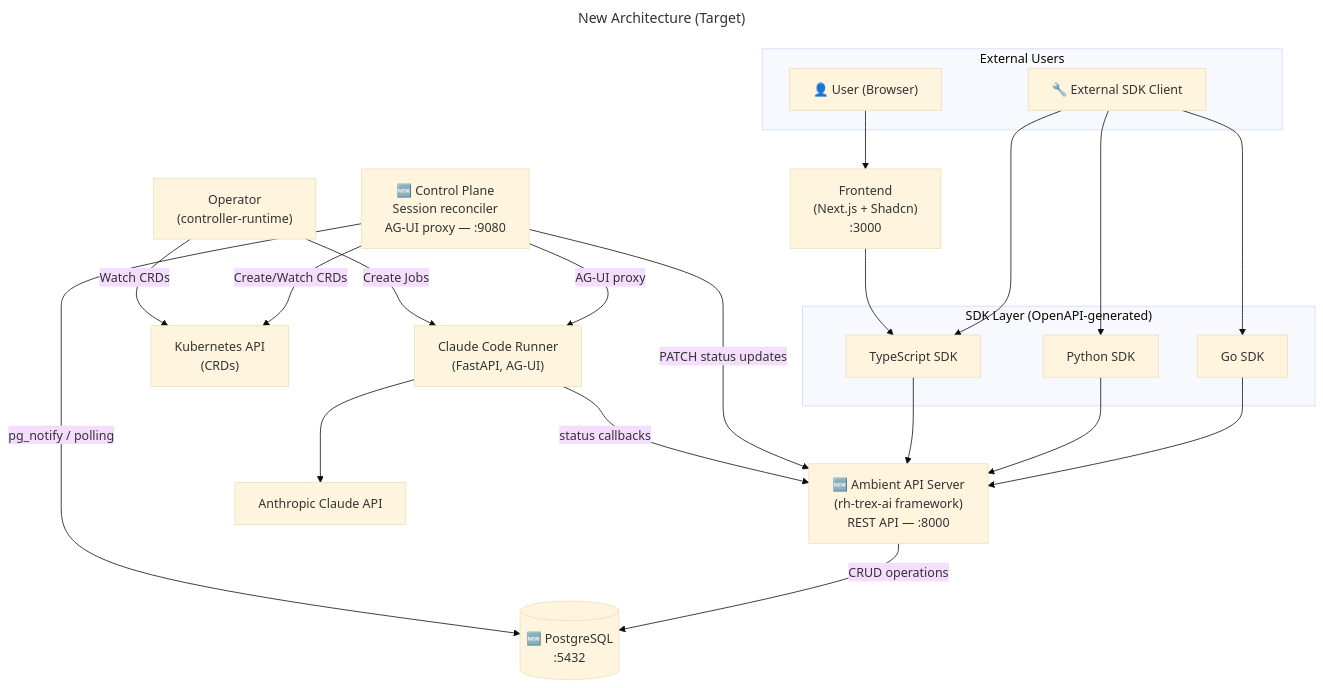
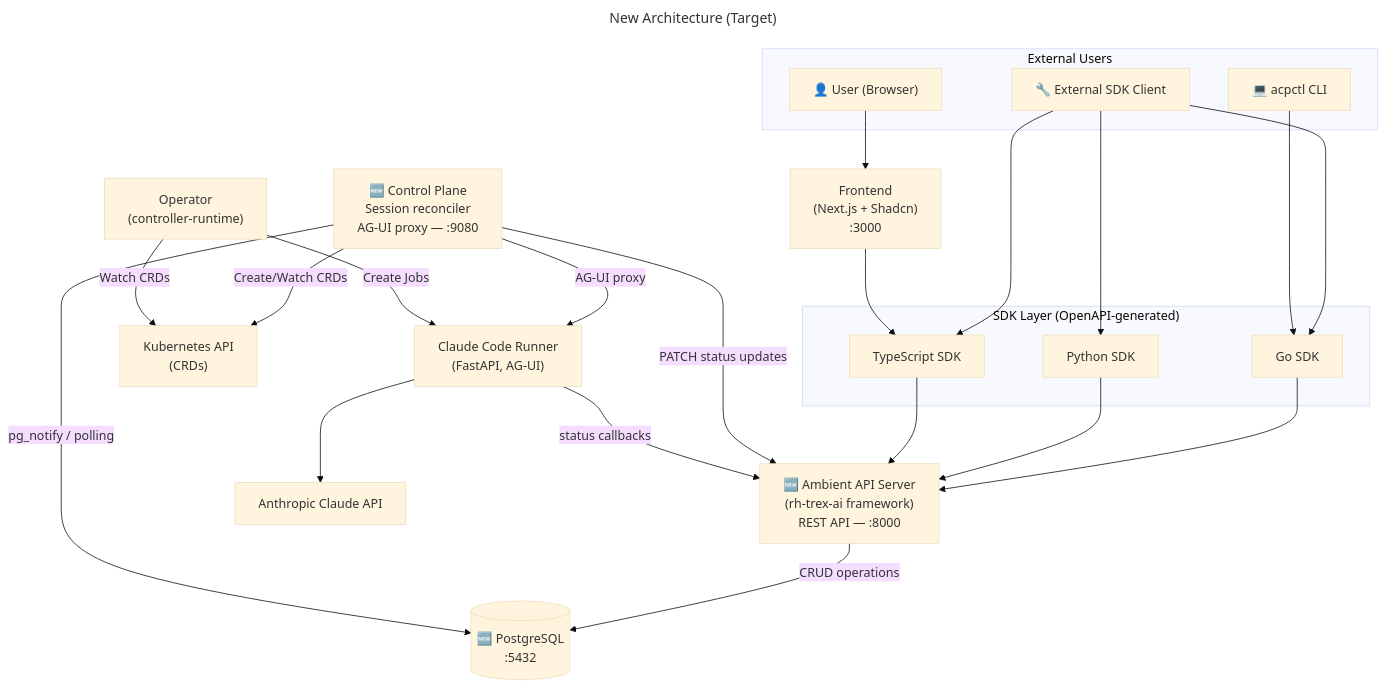
Before and after one commit to ambient-code/platform: the second of 3 diagrams in components/architecture.md, drawn with Mermaid (base theme). The commit also changed other lines of this file and 11 other files, not shown here.

````diff
--- a/components/architecture.md
+++ b/components/architecture.md
@@ -38,54 +38,56 @@
 ```mermaid
 ---
 title: New Architecture (Target)
 ---
 graph TB
     subgraph "External Users"
         User["👤 User (Browser)"]
         ExtClient["🔧 External SDK Client"]
+        CLIUser["💻 acpctl CLI"]
     end
 
     subgraph "SDK Layer (OpenAPI-generated)"
         GoSDK["Go SDK"]
         PySDK["Python SDK"]
         TsSDK["TypeScript SDK"]
     end
 
     User --> Frontend
     ExtClient --> TsSDK & PySDK & GoSDK
+    CLIUser --> GoSDK
 
     %% All SDKs connect to API Server
     GoSDK --> APIServer
     PySDK --> APIServer
     TsSDK --> APIServer
 
     %% Frontend uses TypeScript SDK
     Frontend["Frontend<br/>(Next.js + Shadcn)<br/>:3000"] --> TsSDK
 
     %% Core new components
     APIServer["🆕 Ambient API Server<br/>(rh-trex-ai framework)<br/>REST API — :8000"]
     ControlPlane["🆕 Control Plane<br/>Session reconciler<br/>AG-UI proxy — :9080"]
     Postgres[("🆕 PostgreSQL<br/>:5432")]
 
     %% API Server is the single source of truth
     APIServer -- "CRUD operations" --> Postgres
 
     %% Control Plane bridges Postgres ↔ Kubernetes
     ControlPlane -- "pg_notify / polling" --> Postgres
     ControlPlane -- "PATCH status updates" --> APIServer
     ControlPlane -- "Create/Watch CRDs" --> K8s["Kubernetes API<br/>(CRDs)"]
     ControlPlane -- "AG-UI proxy" --> Runner["Claude Code Runner<br/>(FastAPI, AG-UI)"]
 
     %% Operator unchanged (still watches K8s)
     Operator["Operator<br/>(controller-runtime)"] -- "Watch CRDs" --> K8s
     Operator -- "Create Jobs" --> Runner
 
     %% Runner callbacks to API Server
     Runner --> Claude["Anthropic Claude API"]
     Runner -- "status callbacks" --> APIServer
 
     class APIServer,ControlPlane,Postgres new
     class GoSDK,PySDK,TsSDK sdk
     class Frontend,Runner,K8s,Operator,Claude unchanged
     class User,ExtClient external
 ```
````
